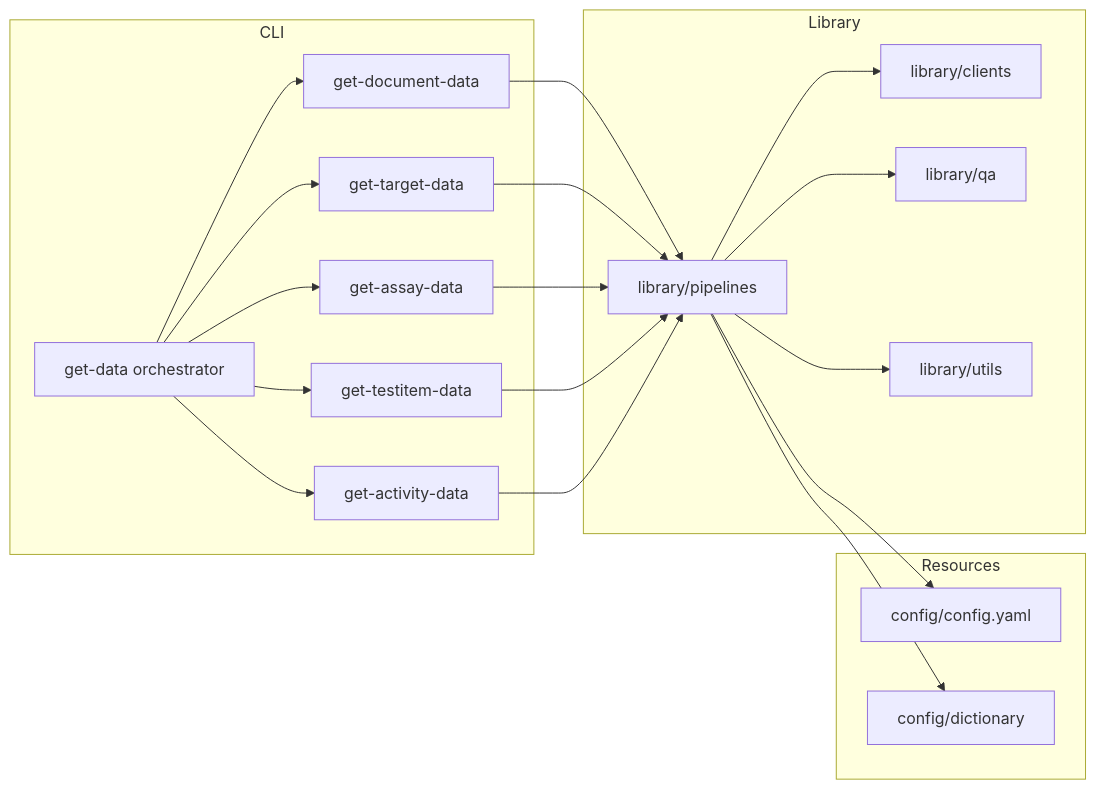
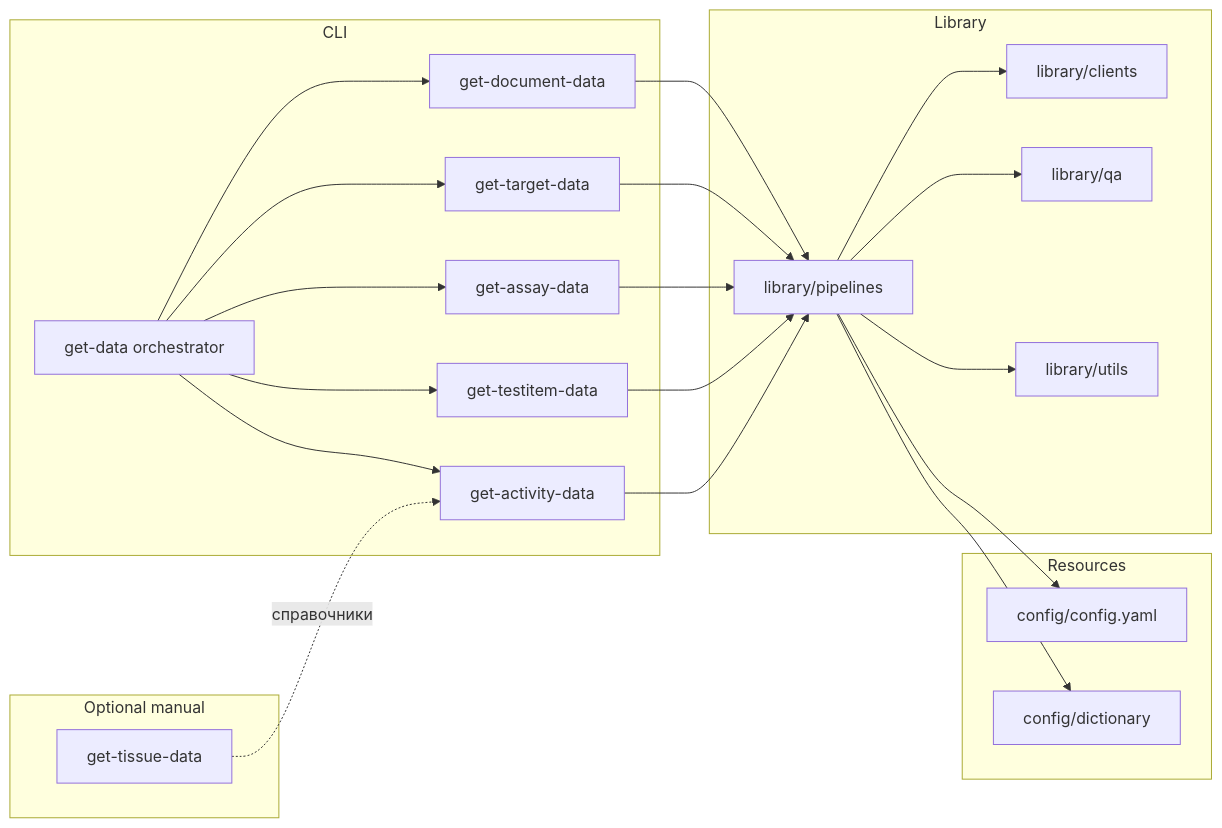
Before and after one commit to SatoryKono/ChEMBL_data_acquisition: the diagram in docs/ru/architecture/ARCHITECTURE.md, drawn with Mermaid. The commit also changed other lines of this file and 4 other files, not shown here.

Commit message:
Document manual tissue step for get-data orchestrator

````diff
--- a/docs/ru/architecture/ARCHITECTURE.md
+++ b/docs/ru/architecture/ARCHITECTURE.md
@@ -3,29 +3,33 @@
 ```mermaid
 flowchart LR
     subgraph CLI
         A1[get-document-data]
         A2[get-target-data]
         A3[get-assay-data]
         A4[get-testitem-data]
         A5[get-activity-data]
         A0[get-data orchestrator]
+    end
+    subgraph Optional manual
+        A6[get-tissue-data]
     end
     subgraph Library
         B1[library/clients]
         B2[library/pipelines]
         B3[library/qa]
         B4[library/utils]
     end
     subgraph Resources
         C1[config/config.yaml]
         C2[config/dictionary]
     end
 
     A0 --> A1 & A2 & A3 & A4 & A5
+    A6 -.->|справочники| A5
     A1 & A2 & A3 & A4 & A5 --> B2
     B2 --> B1
     B2 --> B3
     B2 --> B4
     B2 --> C1
     B2 --> C2
 ```
````
